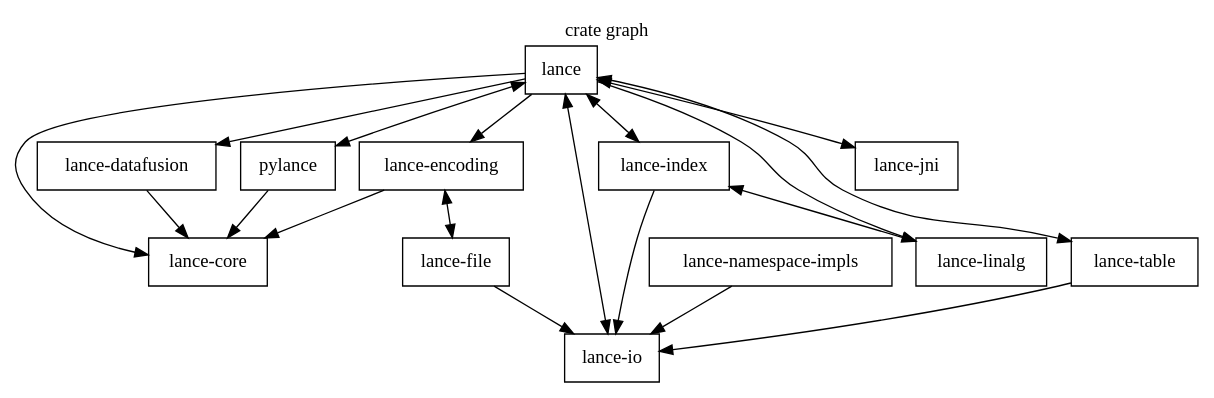
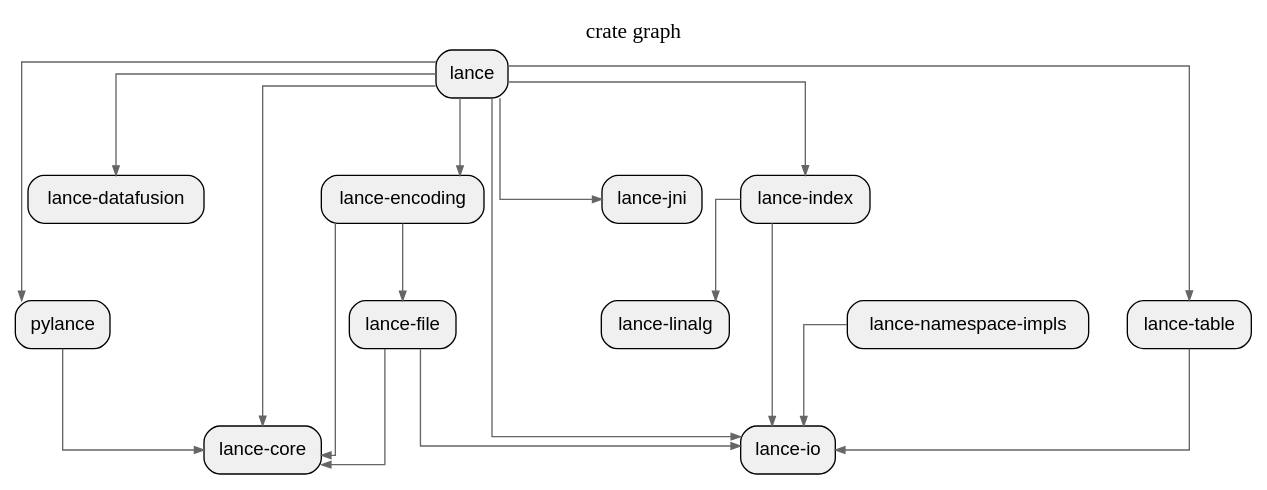
One commit to allenanswerzq/llmcc changed the diagram in sample/lance/depth_1_crate.dot. Above: the diagram before and after it, drawn with Graphviz. The commit also changed 249 other files, not shown here.

```diff
--- a/sample/lance/depth_1_crate.dot
+++ b/sample/lance/depth_1_crate.dot
@@ -1,38 +1,47 @@
 digraph architecture {
-  node [shape=box];
+  // Layout settings
+  rankdir=TB;
+  ranksep=0.8;
+  nodesep=0.4;
+  splines=ortho;
+  concentrate=true;
+
+  node [shape=box, style="rounded,filled", fillcolor="#f0f0f0", fontname="Helvetica"];
+  edge [color="#666666", arrowsize=0.7];
 
   label="crate graph";
   labelloc=t;
+  fontsize=16;
+  fontname="Helvetica Bold";
 
   crate_lance[label="lance"];
   crate_lance_core[label="lance-core"];
   crate_lance_datafusion[label="lance-datafusion"];
   crate_lance_encoding[label="lance-encoding"];
   crate_lance_file[label="lance-file"];
   crate_lance_index[label="lance-index"];
   crate_lance_io[label="lance-io"];
   crate_lance_jni[label="lance-jni"];
   crate_lance_linalg[label="lance-linalg"];
   crate_lance_namespace_impls[label="lance-namespace-impls"];
   crate_lance_table[label="lance-table"];
   crate_pylance[label="pylance"];
 
   crate_lance -> crate_lance_core;
   crate_lance -> crate_lance_datafusion;
   crate_lance -> crate_lance_encoding;
-  crate_lance -> crate_lance_index [dir=both];
-  crate_lance -> crate_lance_io [dir=both];
-  crate_lance -> crate_lance_jni [dir=both];
-  crate_lance -> crate_lance_linalg;
-  crate_lance -> crate_lance_table [dir=both];
-  crate_lance -> crate_pylance [dir=both];
-  crate_lance_datafusion -> crate_lance_core;
+  crate_lance -> crate_lance_index;
+  crate_lance -> crate_lance_io;
+  crate_lance -> crate_lance_jni;
+  crate_lance -> crate_lance_table;
+  crate_lance -> crate_pylance;
   crate_lance_encoding -> crate_lance_core;
-  crate_lance_encoding -> crate_lance_file [dir=both];
+  crate_lance_encoding -> crate_lance_file;
+  crate_lance_file -> crate_lance_core;
   crate_lance_file -> crate_lance_io;
   crate_lance_index -> crate_lance_io;
-  crate_lance_index -> crate_lance_linalg [dir=both];
+  crate_lance_index -> crate_lance_linalg;
   crate_lance_namespace_impls -> crate_lance_io;
   crate_lance_table -> crate_lance_io;
   crate_pylance -> crate_lance_core;
 }
```
